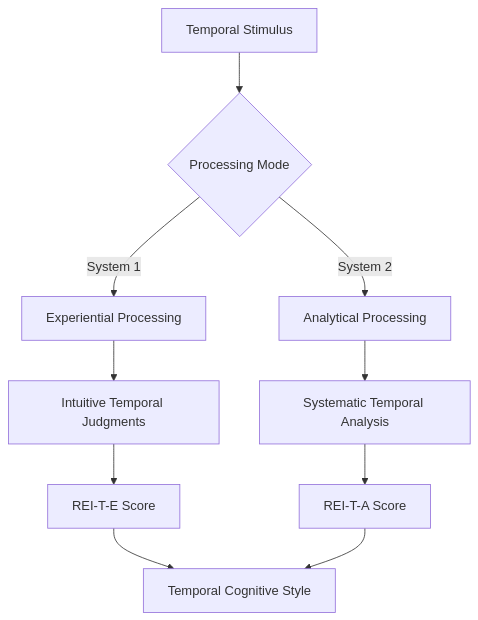
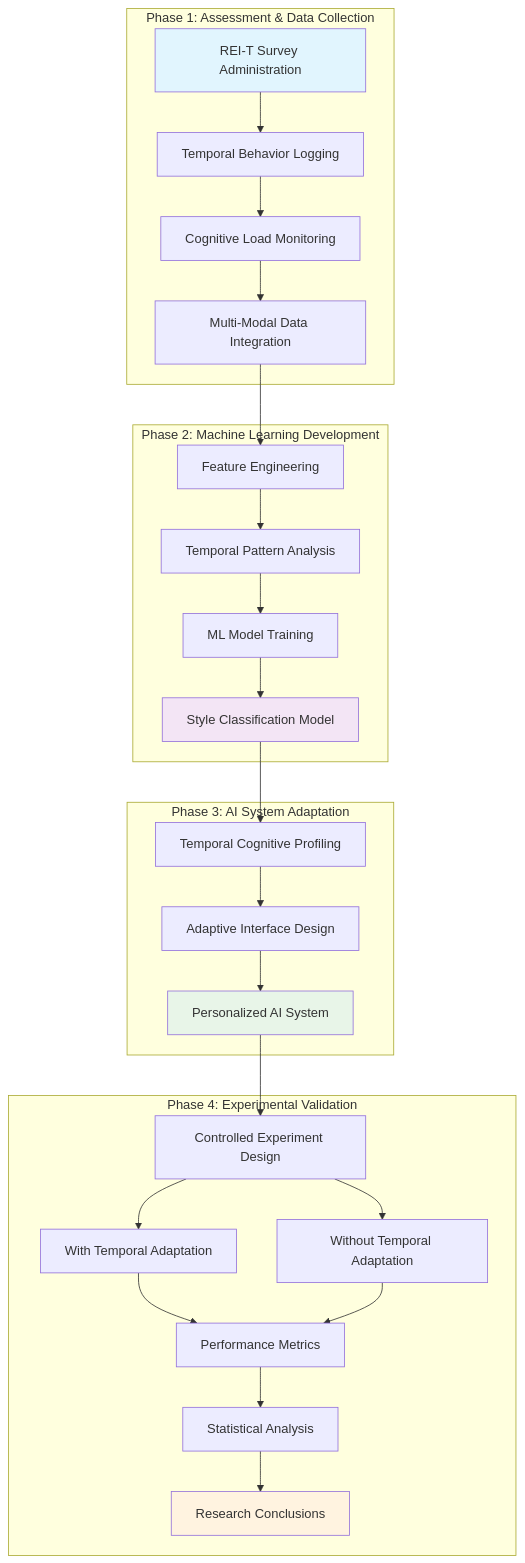
The diagram in README.md (Harrypatria/TACAI-Temporal-Cognitive-Adaptation-for-Human-AI), drawn with Mermaid before and after one commit. The commit also changed other lines of this file, not shown here.

````diff
--- a/README.md
+++ b/README.md
@@ -54,12 +56,36 @@
 ```mermaid
-graph TD
-    A[Temporal Stimulus] --> B{Processing Mode}
-    B -->|System 1| C[Experiential Processing]
-    B -->|System 2| D[Analytical Processing]
-    C --> E[Intuitive Temporal Judgments]
-    D --> F[Systematic Temporal Analysis]
-    E --> G[REI-T-E Score]
-    F --> H[REI-T-A Score]
-    G --> I[Temporal Cognitive Style]
-    H --> I
+graph TB
+    subgraph "Phase 1: Assessment & Data Collection"
+        A[REI-T Survey Administration] --> B[Temporal Behavior Logging]
+        B --> C[Cognitive Load Monitoring]
+        C --> D[Multi-Modal Data Integration]
+    end
+    
+    subgraph "Phase 2: Machine Learning Development"
+        D --> E[Feature Engineering]
+        E --> F[Temporal Pattern Analysis]
+        F --> G[ML Model Training]
+        G --> H[Style Classification Model]
+    end
+    
+    subgraph "Phase 3: AI System Adaptation"
+        H --> I[Temporal Cognitive Profiling]
+        I --> J[Adaptive Interface Design]
+        J --> K[Personalized AI System]
+    end
+    
+    subgraph "Phase 4: Experimental Validation"
+        K --> L[Controlled Experiment Design]
+        L --> M[With Temporal Adaptation]
+        L --> N[Without Temporal Adaptation]
+        M --> O[Performance Metrics]
+        N --> O
+        O --> P[Statistical Analysis]
+        P --> Q[Research Conclusions]
+    end
+    
+    style A fill:#e1f5fe
+    style H fill:#f3e5f5
+    style K fill:#e8f5e8
+    style Q fill:#fff3e0
 ```
````
